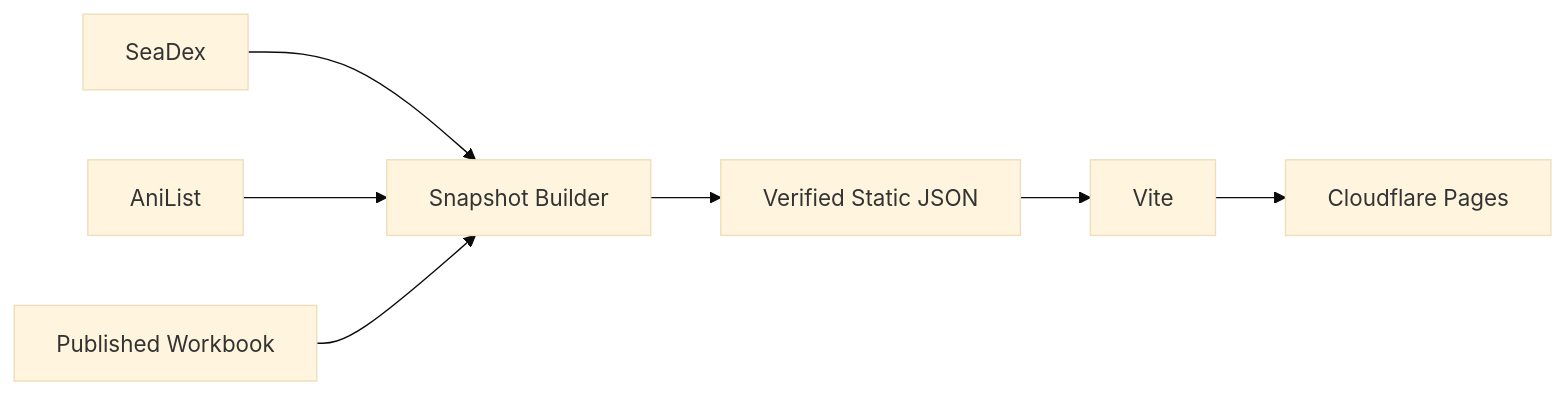
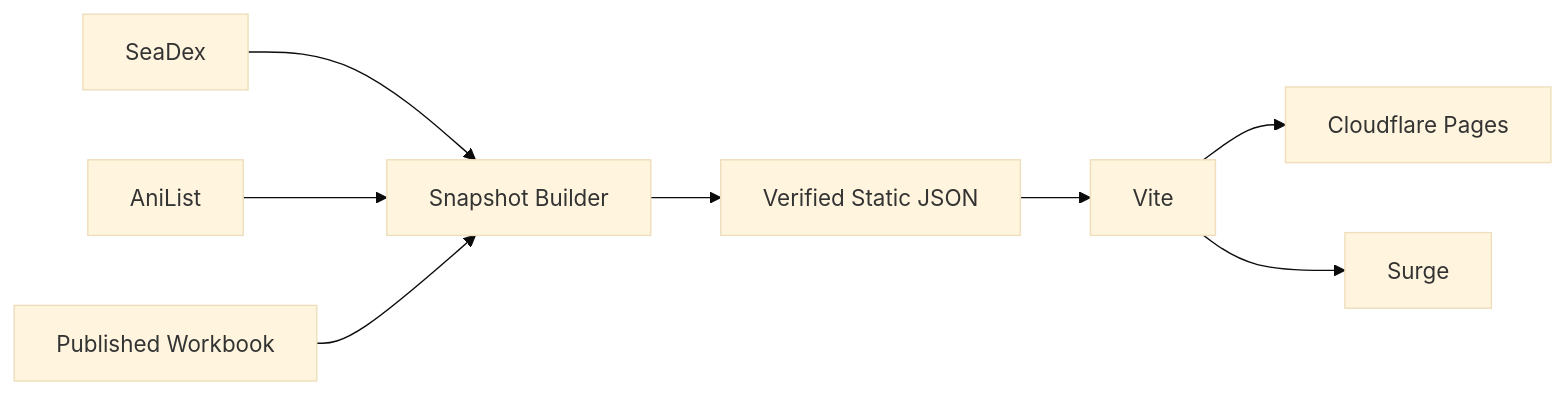
The diagram in README.md (EithonX/seadex-mirror), drawn with Mermaid (base theme) before and after one commit. The commit also changed other lines of this file and 16 other files, not shown here.

````diff
--- a/README.md
+++ b/README.md
@@ -13,9 +13,10 @@
 ```mermaid
 flowchart LR
     A[SeaDex] --> B[Snapshot Builder]
     C[AniList] --> B
     D[Published Workbook] --> B
     B --> E[Verified Static JSON]
     E --> F[Vite]
     F --> G[Cloudflare Pages]
+    F --> H[Surge]
 ```
````
